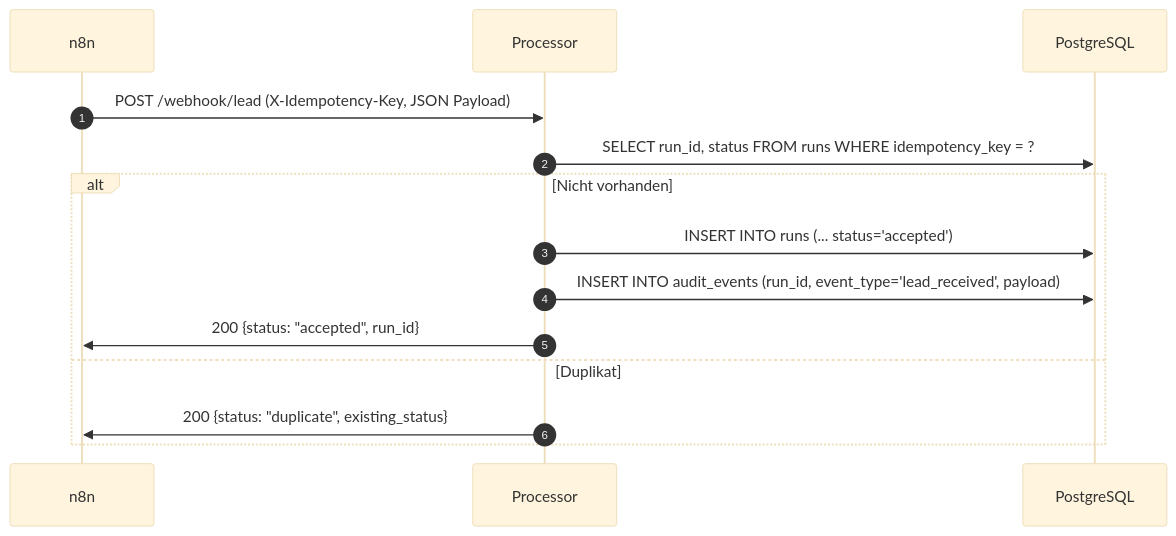
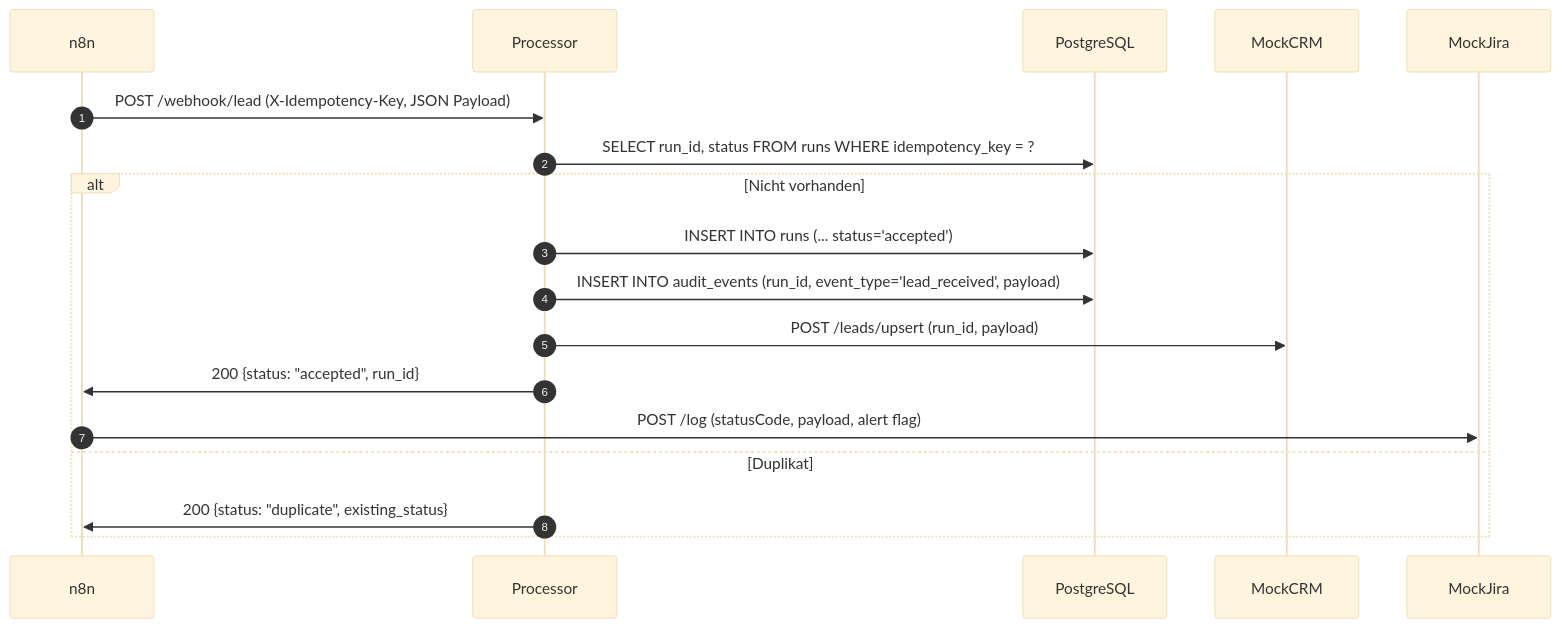
The diagram in 01-rest-api-integration-hub/docs/02_architecture.md (gw-ai-security/AI-Process-Automation), drawn with Mermaid (base theme) before and after one commit. The commit also changed other lines of this file and 29 other files, not shown here.

````diff
--- a/01-rest-api-integration-hub/docs/02_architecture.md
+++ b/01-rest-api-integration-hub/docs/02_architecture.md
@@ -19,17 +23,19 @@
 ```mermaid
 sequenceDiagram
     autonumber
     participant n8n
     participant Processor
     participant PostgreSQL
 
     n8n->>Processor: POST /webhook/lead (X-Idempotency-Key, JSON Payload)
     Processor->>PostgreSQL: SELECT run_id, status FROM runs WHERE idempotency_key = ?
     alt Nicht vorhanden
         Processor->>PostgreSQL: INSERT INTO runs (... status='accepted')
         Processor->>PostgreSQL: INSERT INTO audit_events (run_id, event_type='lead_received', payload)
+        Processor->>MockCRM: POST /leads/upsert (run_id, payload)
         Processor->>n8n: 200 {status: "accepted", run_id}
+        n8n->>MockJira: POST /log (statusCode, payload, alert flag)
     else Duplikat
         Processor->>n8n: 200 {status: "duplicate", existing_status}
     end
 ```
````
